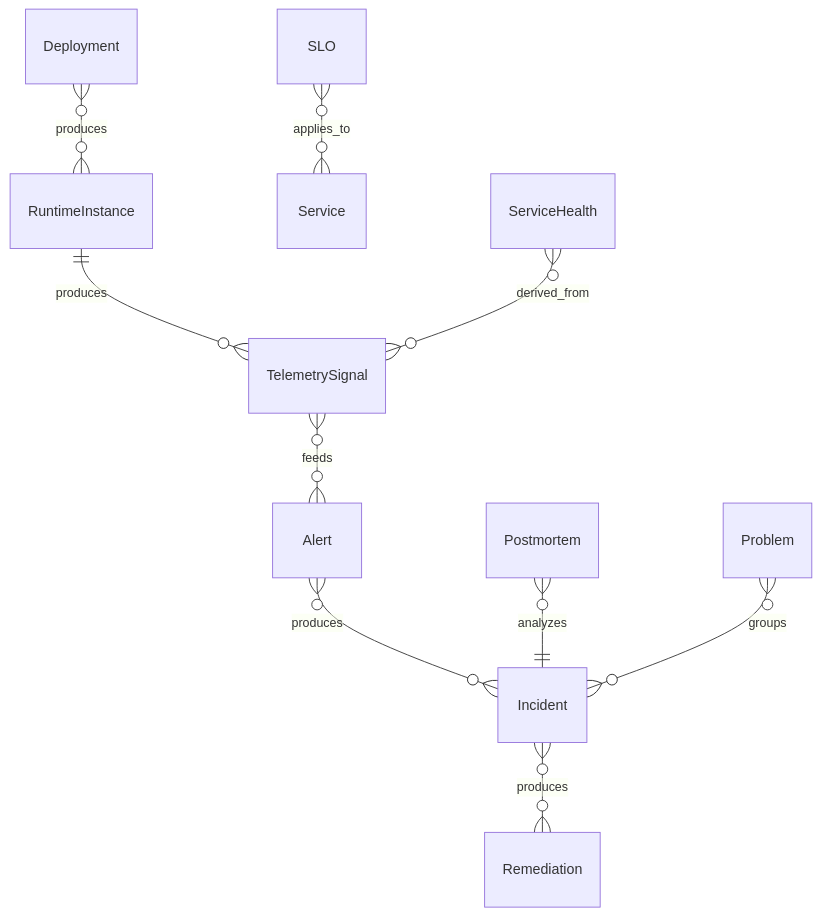
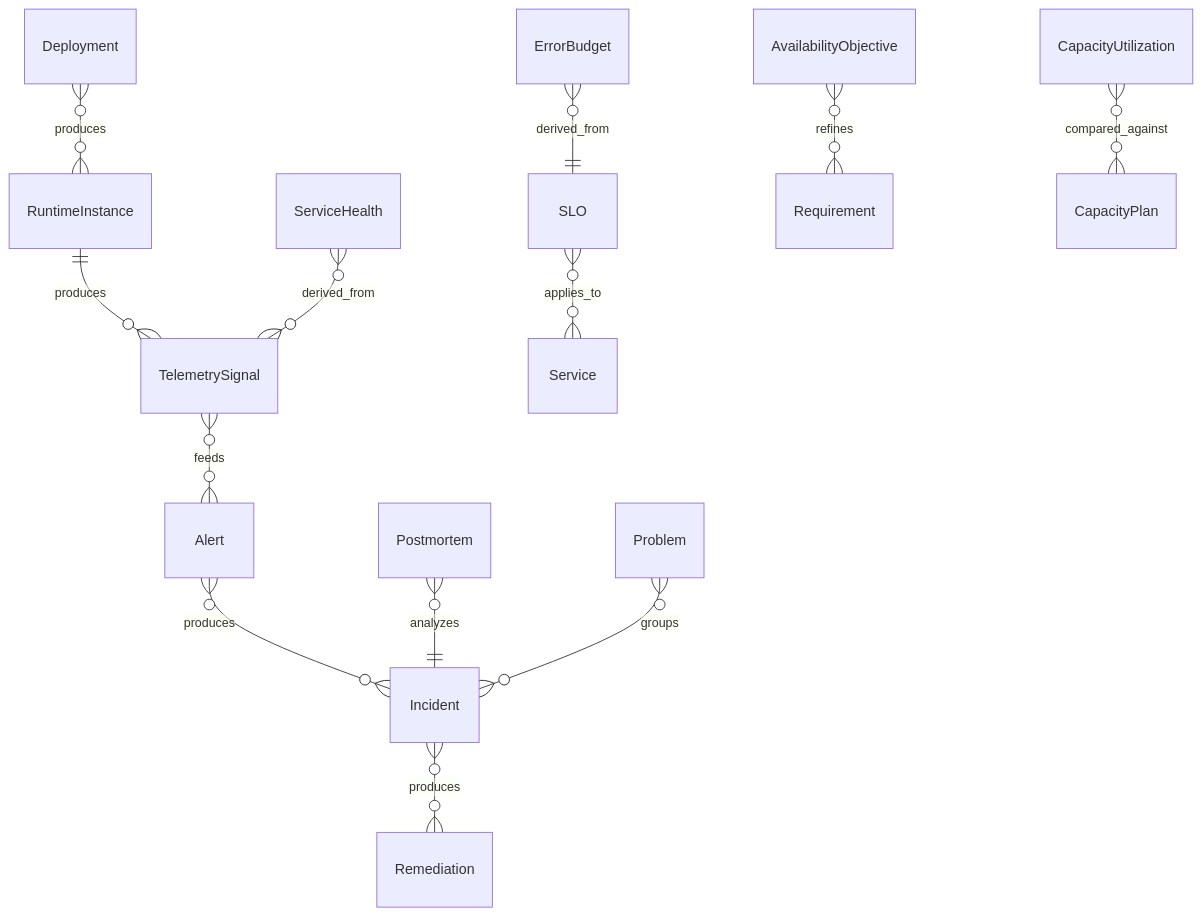
The ninth of 12 diagrams in SOFTWARE_ORGANIZATION_DOMAIN_MODEL.md (maxvydrin/vision), drawn with Mermaid before and after one commit. The commit also changed other lines of this file and 4 other files, not shown here.

````diff
--- a/SOFTWARE_ORGANIZATION_DOMAIN_MODEL.md
+++ b/SOFTWARE_ORGANIZATION_DOMAIN_MODEL.md
@@ -649,12 +657,15 @@
 ```mermaid
 erDiagram
     Deployment }o--o{ RuntimeInstance : "produces"
     RuntimeInstance ||--o{ TelemetrySignal : "produces"
     TelemetrySignal }o--o{ Alert : "feeds"
     Alert }o--o{ Incident : "produces"
     Postmortem }o--|| Incident : "analyzes"
     Incident }o--o{ Remediation : "produces"
     Problem }o--o{ Incident : "groups"
     SLO }o--o{ Service : "applies_to"
     ServiceHealth }o--o{ TelemetrySignal : "derived_from"
+    ErrorBudget }o--|| SLO : "derived_from"
+    AvailabilityObjective }o--o{ Requirement : "refines"
+    CapacityUtilization }o--o{ CapacityPlan : "compared_against"
 ```
````
